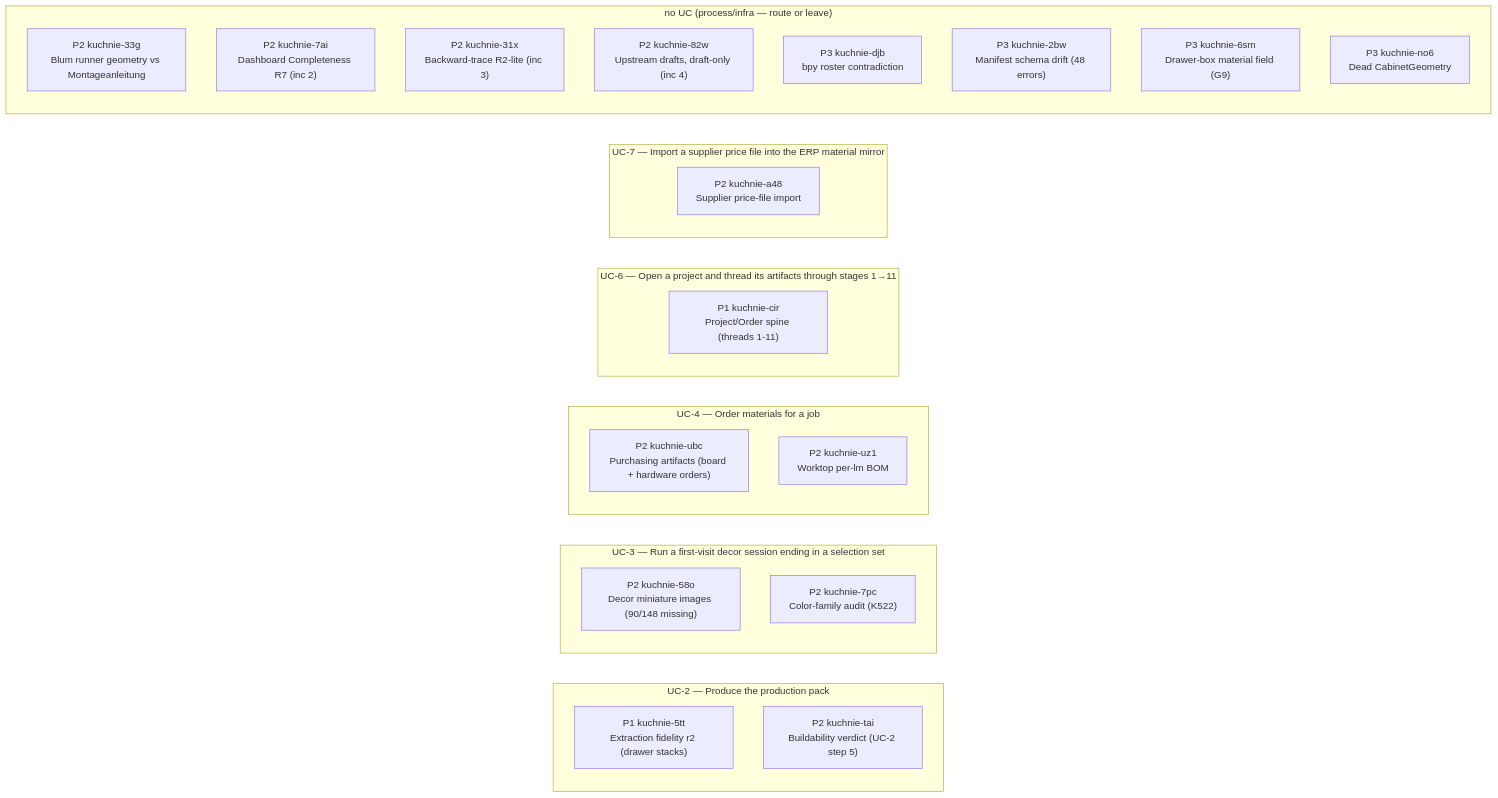
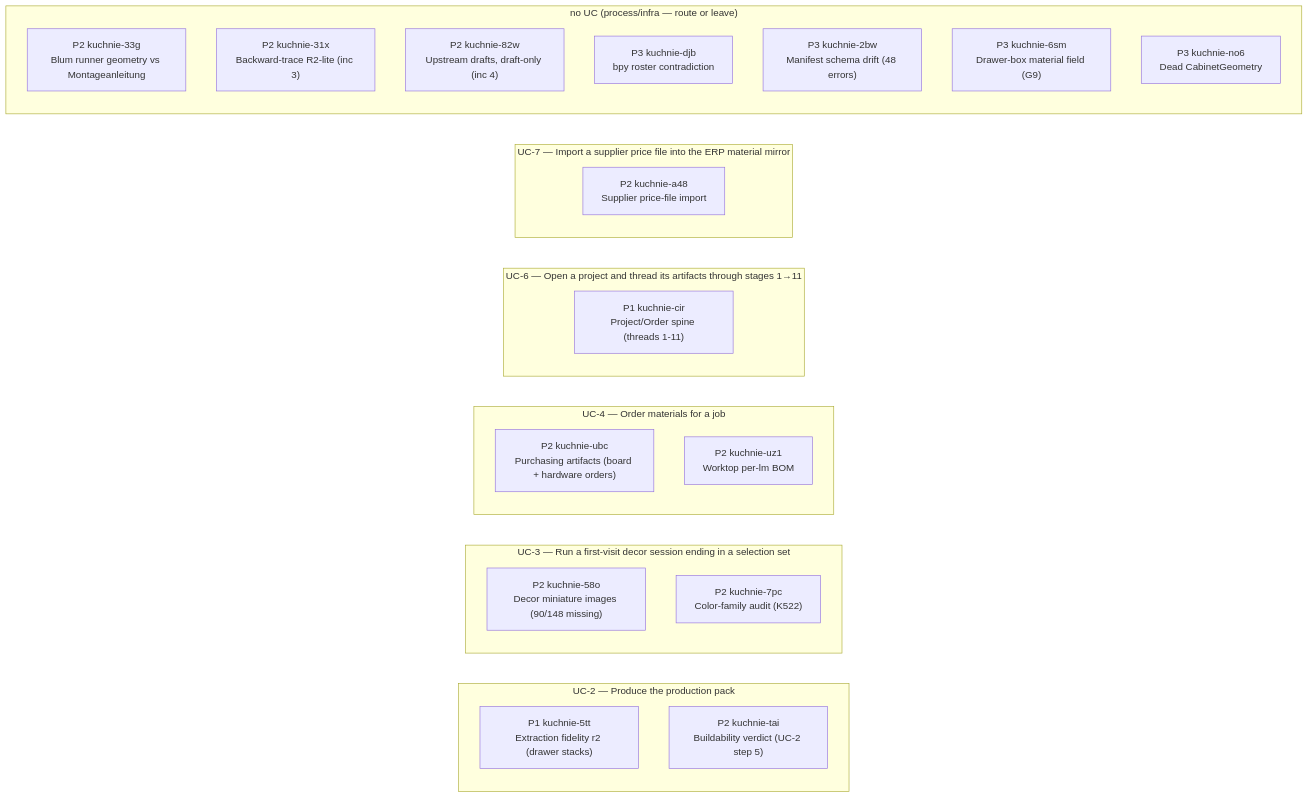
One commit to m1981/kuchnie changed the second of 2 diagrams in STATUS.md. Above: the diagram before and after it, drawn with Mermaid. The commit also changed other lines of this file and 3 other files, not shown here.

First line of the commit message:
dashboard: Completeness (R7) view — use-cases Acceptance vs ledger (wk-9d77de94, inc 2)

````diff
--- a/STATUS.md
+++ b/STATUS.md
@@ -73,31 +83,30 @@
 ```mermaid
 flowchart LR
     subgraph gUC_2 ["UC-2 — Produce the production pack"]
         u_kuchnie_5tt["P1 kuchnie-5tt<br/>Extraction fidelity r2 (drawer stacks)"]
         u_kuchnie_tai["P2 kuchnie-tai<br/>Buildability verdict (UC-2 step 5)"]
     end
     subgraph gUC_3 ["UC-3 — Run a first-visit decor session ending in a selection set"]
         u_kuchnie_58o["P2 kuchnie-58o<br/>Decor miniature images (90/148 missing)"]
         u_kuchnie_7pc["P2 kuchnie-7pc<br/>Color-family audit (K522)"]
     end
     subgraph gUC_4 ["UC-4 — Order materials for a job"]
         u_kuchnie_ubc["P2 kuchnie-ubc<br/>Purchasing artifacts (board + hardware orders)"]
         u_kuchnie_uz1["P2 kuchnie-uz1<br/>Worktop per-lm BOM"]
     end
     subgraph gUC_6 ["UC-6 — Open a project and thread its artifacts through stages 1→11"]
         u_kuchnie_cir["P1 kuchnie-cir<br/>Project/Order spine (threads 1-11)"]
     end
     subgraph gUC_7 ["UC-7 — Import a supplier price file into the ERP material mirror"]
         u_kuchnie_a48["P2 kuchnie-a48<br/>Supplier price-file import"]
     end
     subgraph g_none ["no UC (process/infra — route or leave)"]
         u_kuchnie_33g["P2 kuchnie-33g<br/>Blum runner geometry vs Montageanleitung"]
-        u_kuchnie_7ai["P2 kuchnie-7ai<br/>Dashboard Completeness R7 (inc 2)"]
         u_kuchnie_31x["P2 kuchnie-31x<br/>Backward-trace R2-lite (inc 3)"]
         u_kuchnie_82w["P2 kuchnie-82w<br/>Upstream drafts, draft-only (inc 4)"]
         u_kuchnie_djb["P3 kuchnie-djb<br/>bpy roster contradiction"]
         u_kuchnie_2bw["P3 kuchnie-2bw<br/>Manifest schema drift (48 errors)"]
         u_kuchnie_6sm["P3 kuchnie-6sm<br/>Drawer-box material field (G9)"]
         u_kuchnie_no6["P3 kuchnie-no6<br/>Dead CabinetGeometry"]
     end
 ```
````
